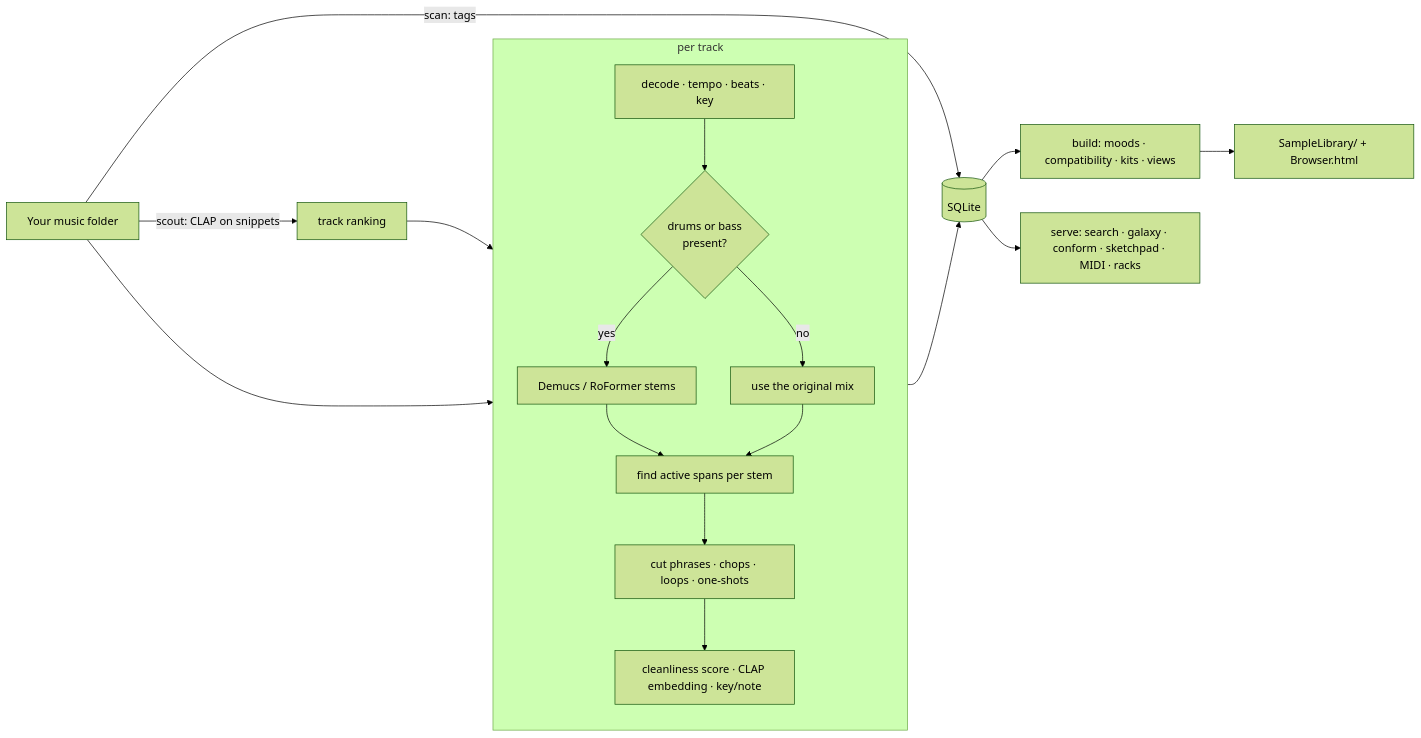
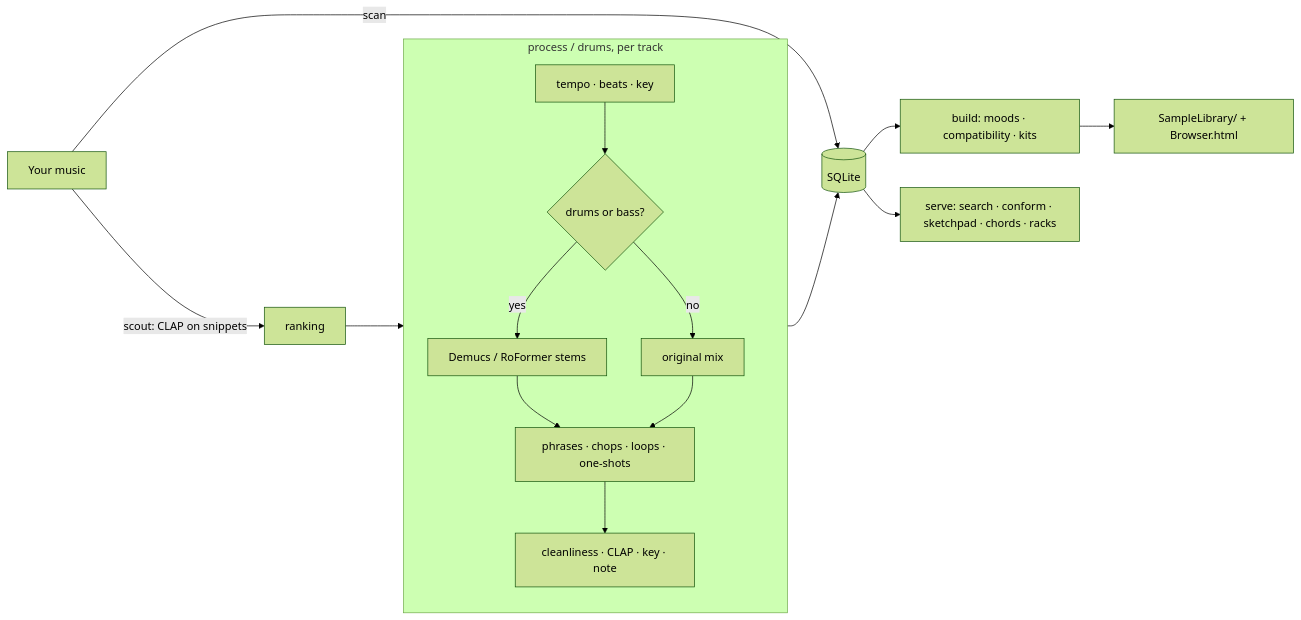
The diagram in README.md (cjosu/DigitalCrate), drawn with Mermaid (forest theme) before and after one commit. The commit also changed other lines of this file and 6 other files, not shown here.

````diff
--- a/README.md
+++ b/README.md
@@ -101,21 +149,17 @@
 ```mermaid
 flowchart LR
-  A[Your music folder] -->|scan: tags| DB[(SQLite)]
-  A -->|scout: CLAP on snippets| R[track ranking]
+  A[Your music] -->|scan| DB[(SQLite)]
+  A -->|scout: CLAP on snippets| R[ranking]
   R --> P
-  A --> P[process / drums]
-  subgraph P[per track]
+  subgraph P[process / drums, per track]
     direction TB
-    d[decode · tempo · beats · key] --> s{drums or bass\npresent?}
+    d[tempo · beats · key] --> s{drums or bass?}
     s -->|yes| sep[Demucs / RoFormer stems]
-    s -->|no| raw[use the original mix]
-    sep --> det[find active spans per stem]
-    raw --> det
-    det --> cut[cut phrases · chops · loops · one-shots]
-    cut --> q[cleanliness score · CLAP embedding · key/note]
+    s -->|no| raw[original mix]
+    sep --> cut[phrases · chops · loops · one-shots]
+    raw --> cut
+    cut --> q[cleanliness · CLAP · key · note]
   end
-  P --> DB
-  DB --> B[build: moods · compatibility · kits · views]
-  B --> L[SampleLibrary/ + Browser.html]
-  DB --> S[serve: search · galaxy · conform · sketchpad · MIDI · racks]
+  P --> DB --> B[build: moods · compatibility · kits] --> L[SampleLibrary/ + Browser.html]
+  DB --> S[serve: search · conform · sketchpad · chords · racks]
 ```
````
